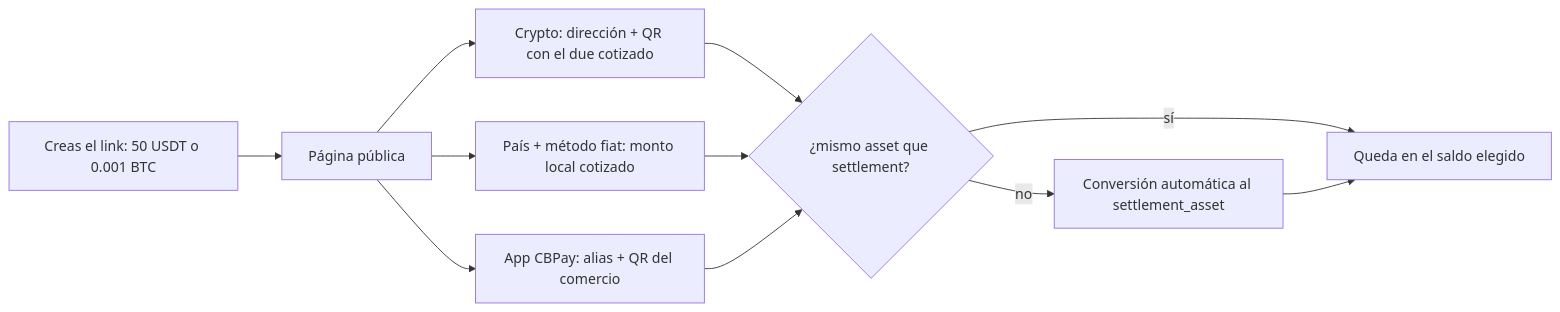
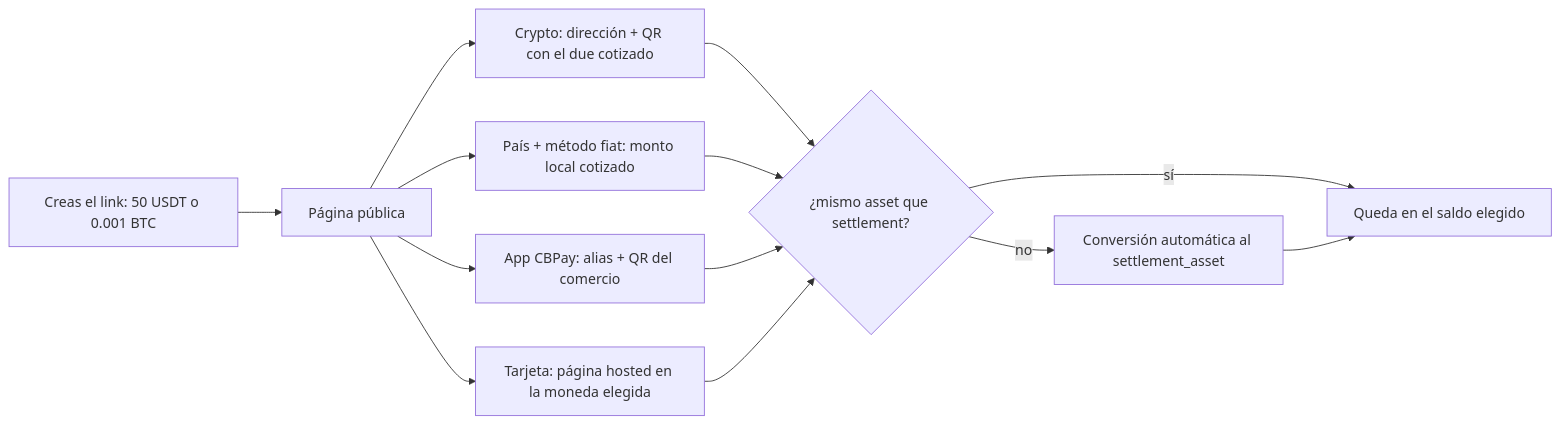
One commit to SaturoS17/docs changed the second of 2 diagrams in es/guias/payins.mdx. Above: the diagram before and after it, drawn with Mermaid. The commit also changed other lines of this file and 13 other files, not shown here.

Commit message:
docs(checkout): pestana Tarjeta multi-moneda, iconos y timer — guias payins x3, spec v1.83 con cards[] y currency, changelog, Postman y MD

````diff
--- a/es/guias/payins.mdx
+++ b/es/guias/payins.mdx
@@ -534,13 +538,15 @@
 ```mermaid
 flowchart LR
     M[Creas el link: 50 USDT o 0.001 BTC] --> P[Página pública]
     P --> C1[Crypto: dirección + QR con el due cotizado]
     P --> C2[País + método fiat: monto local cotizado]
     P --> C3[App CBPay: alias + QR del comercio]
+    P --> C4[Tarjeta: página hosted en la moneda elegida]
     C1 --> S{¿mismo asset que settlement?}
     C2 --> S
     C3 --> S
+    C4 --> S
     S -->|sí| FIN[Queda en el saldo elegido]
     S -->|no| SW[Conversión automática al settlement_asset]
     SW --> FIN
 ```
````
